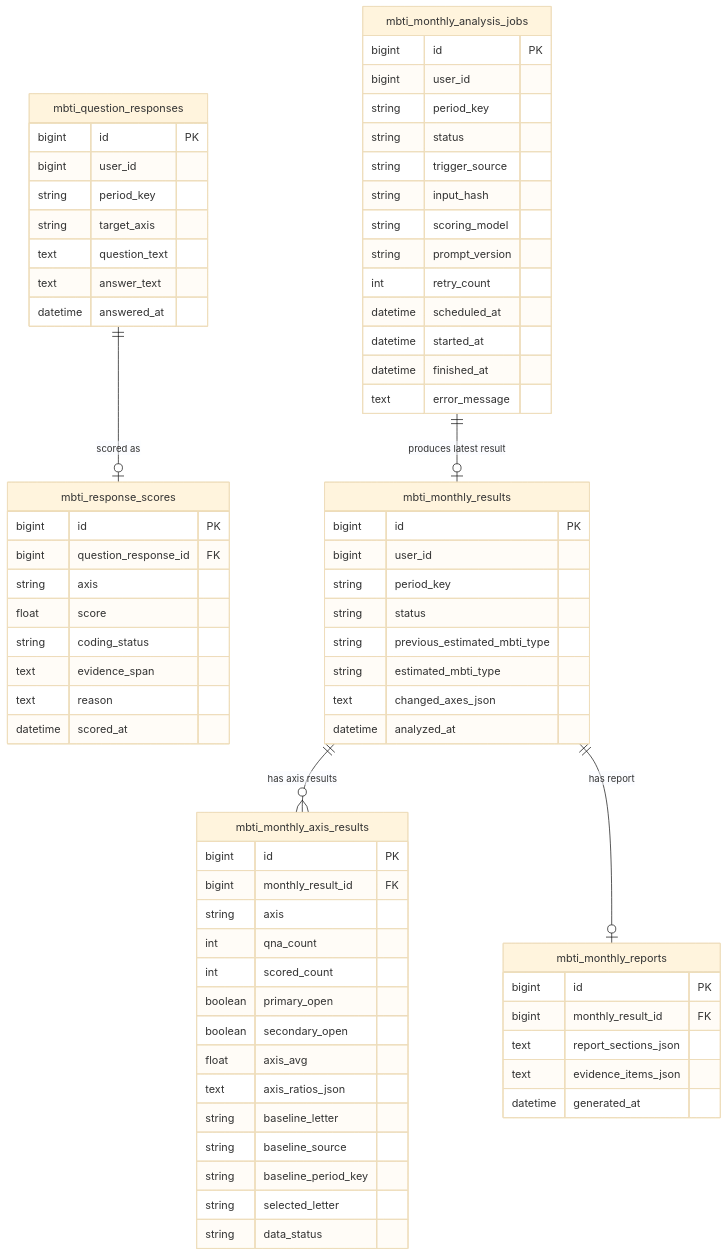
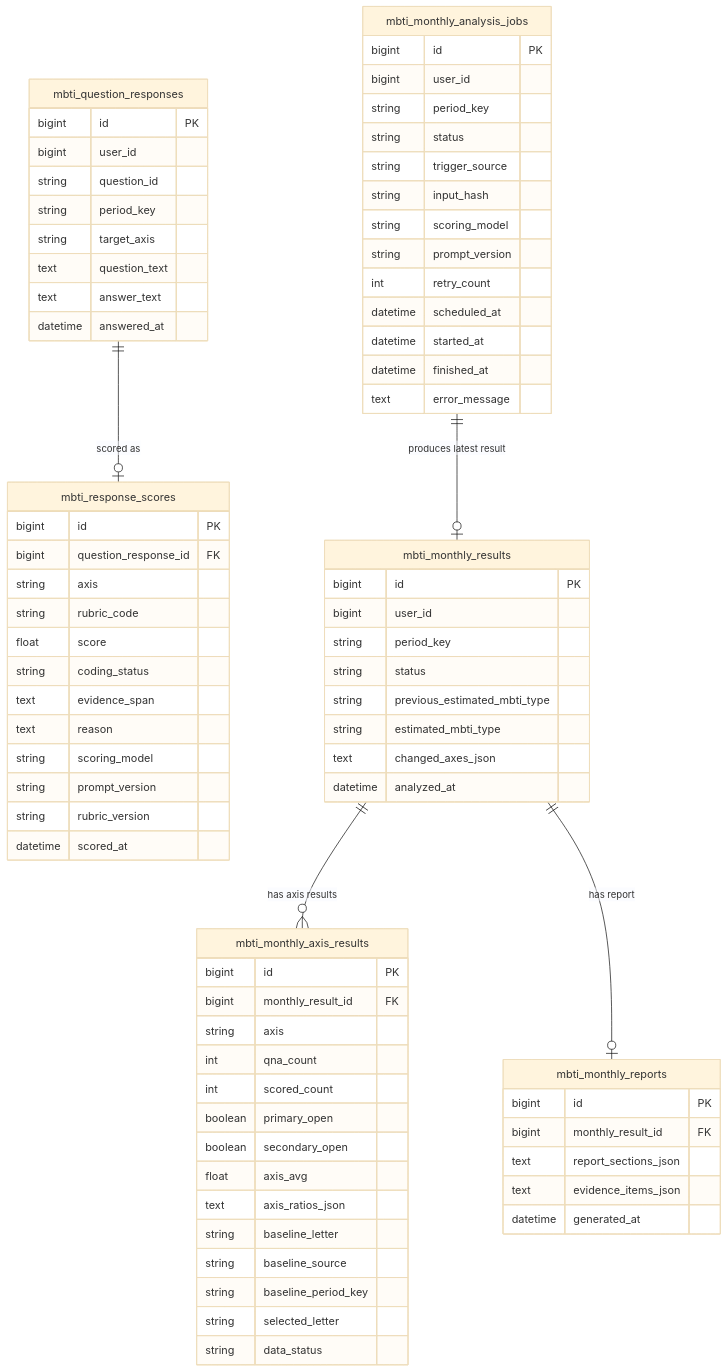
One commit to SKNETWORKS-FAMILY-AICAMP/SKN27-FINAL-4Team changed the third of 13 diagrams in docs/한재웅/MBTI_월간성향_및_취향분석_파이프라인_보고서_2안_2번흐름도_selected_letter_리포트직결_양방향반영.md. Above: the diagram before and after it, drawn with Mermaid (base theme). The commit also changed other lines of this file and 41 other files, not shown here.

```diff
--- a/docs/한재웅/MBTI_월간성향_및_취향분석_파이프라인_보고서_2안_2번흐름도_selected_letter_리포트직결_양방향반영.md
+++ b/docs/한재웅/MBTI_월간성향_및_취향분석_파이프라인_보고서_2안_2번흐름도_selected_letter_리포트직결_양방향반영.md
@@ -1217,6 +1197,7 @@
     mbti_question_responses {
         bigint id PK
         bigint user_id
+        string question_id
         string period_key
         string target_axis
         text question_text
@@ -1228,10 +1209,14 @@
         bigint id PK
         bigint question_response_id FK
         string axis
+        string rubric_code
         float score
         string coding_status
         text evidence_span
         text reason
+        string scoring_model
+        string prompt_version
+        string rubric_version
         datetime scored_at
     }
 
```
